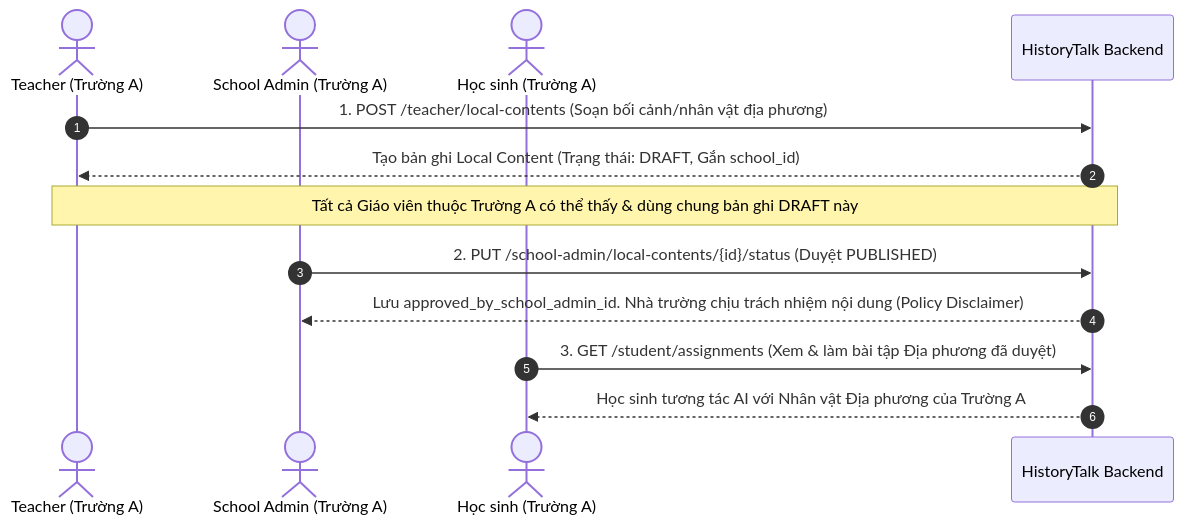
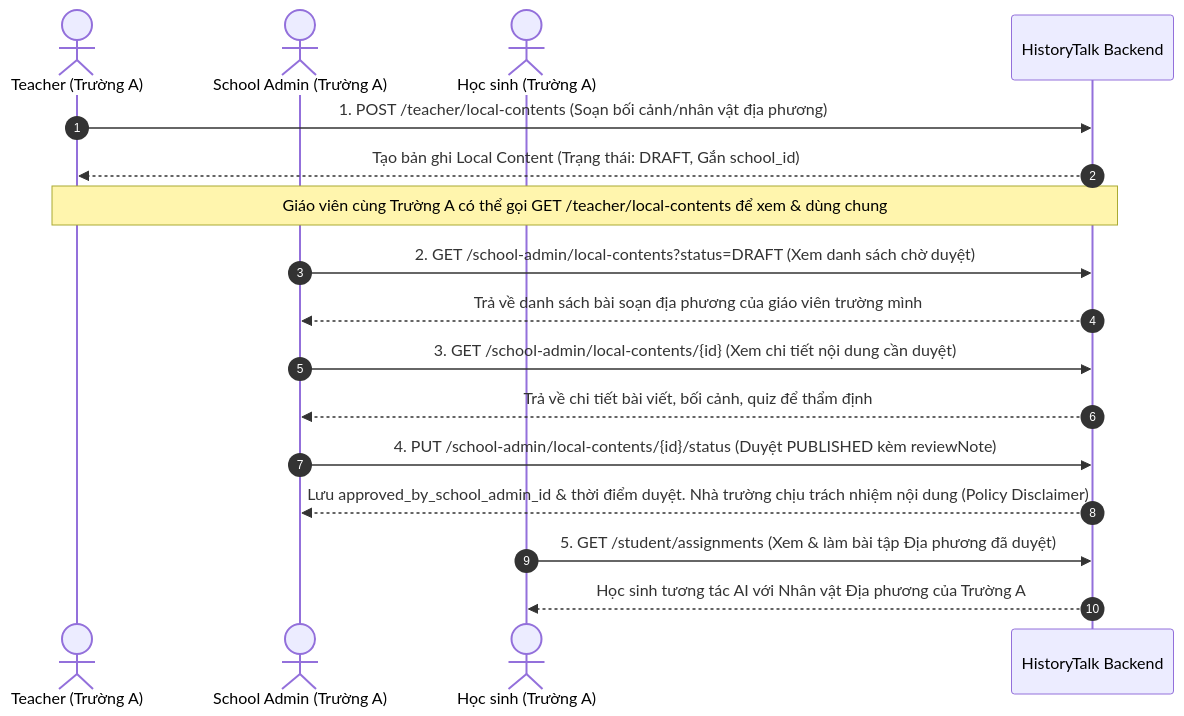
The first of 2 diagrams in docs/sprints/sprint_6/business_flows/assignment_analytics_flow.md (DinhTQSE/Capstone_FinalProject_HistoryTalk), drawn with Mermaid before and after one commit. The commit also changed 39 other files, not shown here.

Commit message:
[History-tell][SPRINT-6] done flow class association

````diff
--- a/docs/sprints/sprint_6/business_flows/assignment_analytics_flow.md
+++ b/docs/sprints/sprint_6/business_flows/assignment_analytics_flow.md
@@ -9,19 +9,25 @@
 ```mermaid
 sequenceDiagram
     autonumber
     actor T as Teacher (Trường A)
     actor ScA as School Admin (Trường A)
     actor St as Học sinh (Trường A)
     participant System as HistoryTalk Backend
 
     T->>System: 1. POST /teacher/local-contents (Soạn bối cảnh/nhân vật địa phương)
     System-->>T: Tạo bản ghi Local Content (Trạng thái: DRAFT, Gắn school_id)
     
-    Note over T,System: Tất cả Giáo viên thuộc Trường A có thể thấy & dùng chung bản ghi DRAFT này
+    Note over T,System: Giáo viên cùng Trường A có thể gọi GET /teacher/local-contents để xem & dùng chung
 
-    ScA->>System: 2. PUT /school-admin/local-contents/{id}/status (Duyệt PUBLISHED)
-    System-->>ScA: Lưu approved_by_school_admin_id. Nhà trường chịu trách nhiệm nội dung (Policy Disclaimer)
+    ScA->>System: 2. GET /school-admin/local-contents?status=DRAFT (Xem danh sách chờ duyệt)
+    System-->>ScA: Trả về danh sách bài soạn địa phương của giáo viên trường mình
 
-    St->>System: 3. GET /student/assignments (Xem & làm bài tập Địa phương đã duyệt)
+    ScA->>System: 3. GET /school-admin/local-contents/{id} (Xem chi tiết nội dung cần duyệt)
+    System-->>ScA: Trả về chi tiết bài viết, bối cảnh, quiz để thẩm định
+
+    ScA->>System: 4. PUT /school-admin/local-contents/{id}/status (Duyệt PUBLISHED kèm reviewNote)
+    System-->>ScA: Lưu approved_by_school_admin_id & thời điểm duyệt. Nhà trường chịu trách nhiệm nội dung (Policy Disclaimer)
+
+    St->>System: 5. GET /student/assignments (Xem & làm bài tập Địa phương đã duyệt)
     System-->>St: Học sinh tương tác AI với Nhân vật Địa phương của Trường A
 ```
````
